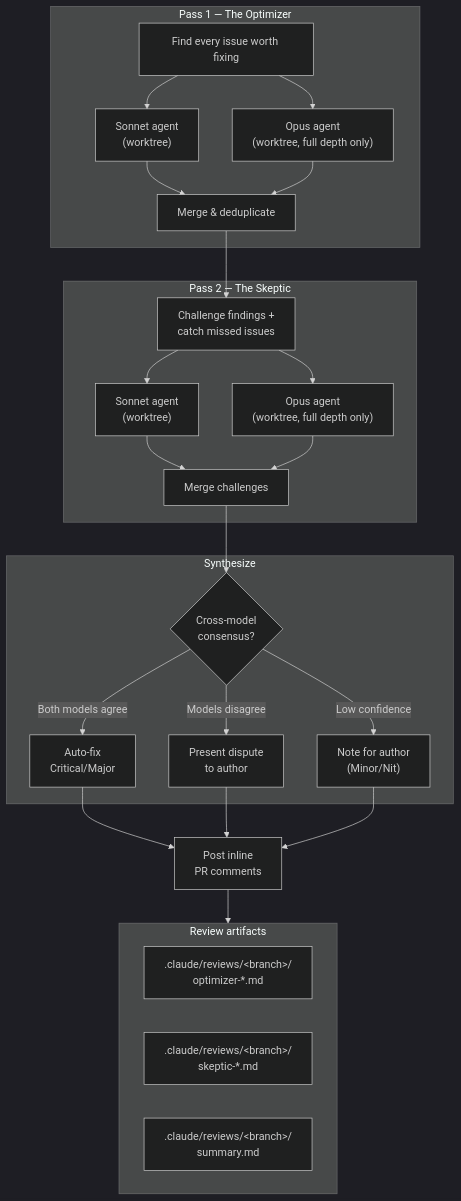
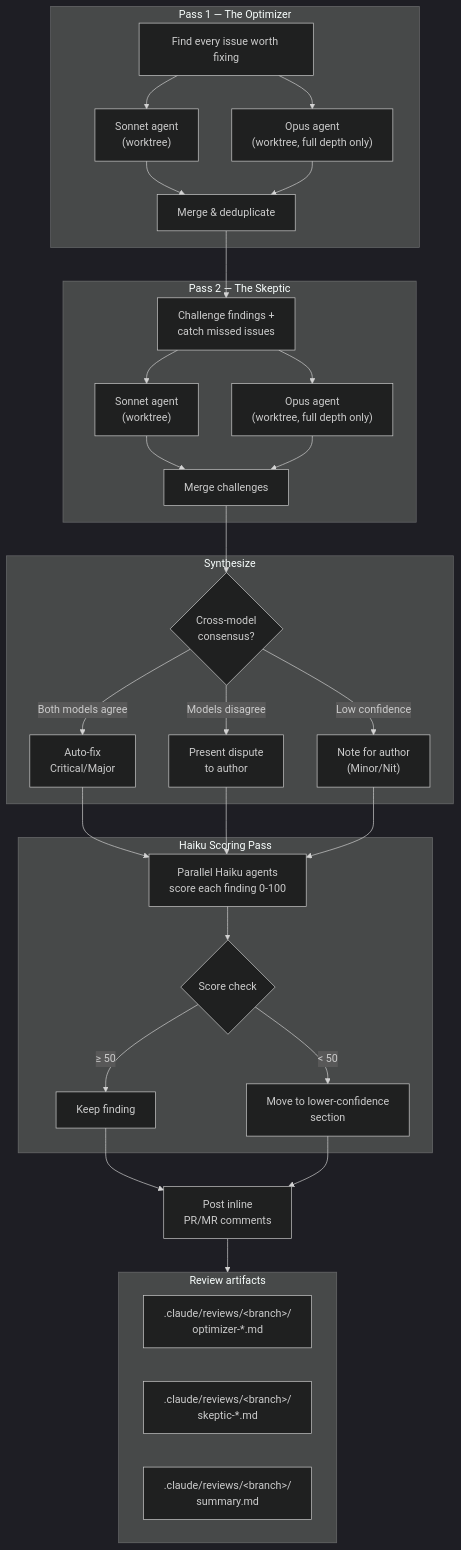
Before and after one commit to ng/adversarial-review: the second of 2 diagrams in README.md, drawn with Mermaid (dark theme). The commit also changed other lines of this file and 3 other files, not shown here.

````diff
--- a/README.md
+++ b/README.md
@@ -61,44 +61,56 @@
 ```mermaid
 flowchart TD
     subgraph Pass1["Pass 1 — The Optimizer"]
         Optimizer["Find every issue worth fixing"]
         OptSonnet["Sonnet agent<br/>(worktree)"]
         OptOpus["Opus agent<br/>(worktree, full depth only)"]
         MergeOpt["Merge & deduplicate"]
         Optimizer --> OptSonnet & OptOpus
         OptSonnet & OptOpus --> MergeOpt
     end
 
     MergeOpt --> Skeptic
 
     subgraph Pass2["Pass 2 — The Skeptic"]
         Skeptic["Challenge findings +<br/>catch missed issues"]
         SkpSonnet["Sonnet agent<br/>(worktree)"]
         SkpOpus["Opus agent<br/>(worktree, full depth only)"]
         MergeSkp["Merge challenges"]
         Skeptic --> SkpSonnet & SkpOpus
         SkpSonnet & SkpOpus --> MergeSkp
     end
 
     MergeSkp --> Confidence
 
     subgraph Synthesis["Synthesize"]
         Confidence{"Cross-model<br/>consensus?"}
         AutoFix["Auto-fix<br/>Critical/Major"]
         Dispute["Present dispute<br/>to author"]
         Note["Note for author<br/>(Minor/Nit)"]
         Confidence -->|"Both models agree"| AutoFix
         Confidence -->|"Models disagree"| Dispute
         Confidence -->|"Low confidence"| Note
     end
 
-    AutoFix & Dispute & Note --> PR["Post inline<br/>PR comments"]
+    AutoFix & Dispute & Note --> Haiku
+
+    subgraph HaikuPass["Haiku Scoring Pass"]
+        Haiku["Parallel Haiku agents<br/>score each finding 0-100"]
+        Filter{"Score check"}
+        Keep["Keep finding"]
+        Downgrade["Move to lower-confidence<br/>section"]
+        Haiku --> Filter
+        Filter -->|"≥ 50"| Keep
+        Filter -->|"< 50"| Downgrade
+    end
+
+    Keep & Downgrade --> PR["Post inline<br/>PR/MR comments"]
     PR --> Artifacts
 
     subgraph Artifacts["Review artifacts"]
         direction LR
         A1[".claude/reviews/&lt;branch&gt;/<br/>optimizer-*.md"]
         A2[".claude/reviews/&lt;branch&gt;/<br/>skeptic-*.md"]
         A3[".claude/reviews/&lt;branch&gt;/<br/>summary.md"]
     end
 ```
````
